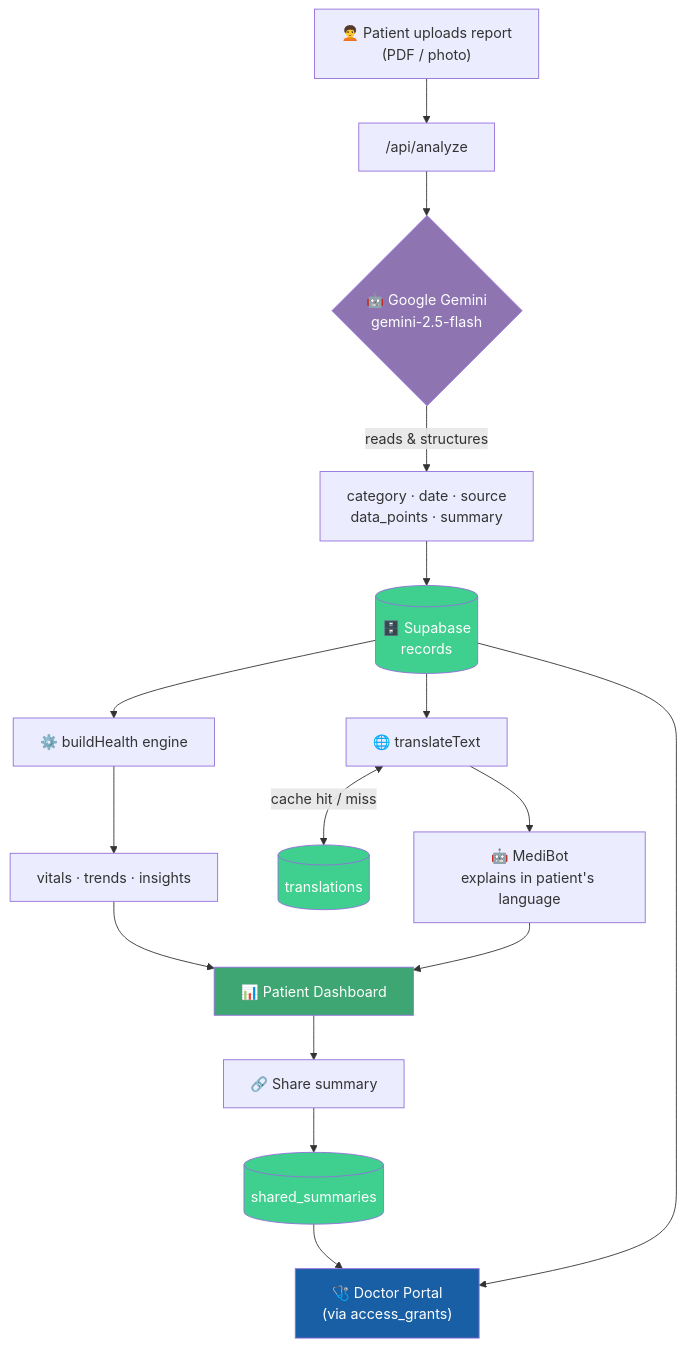
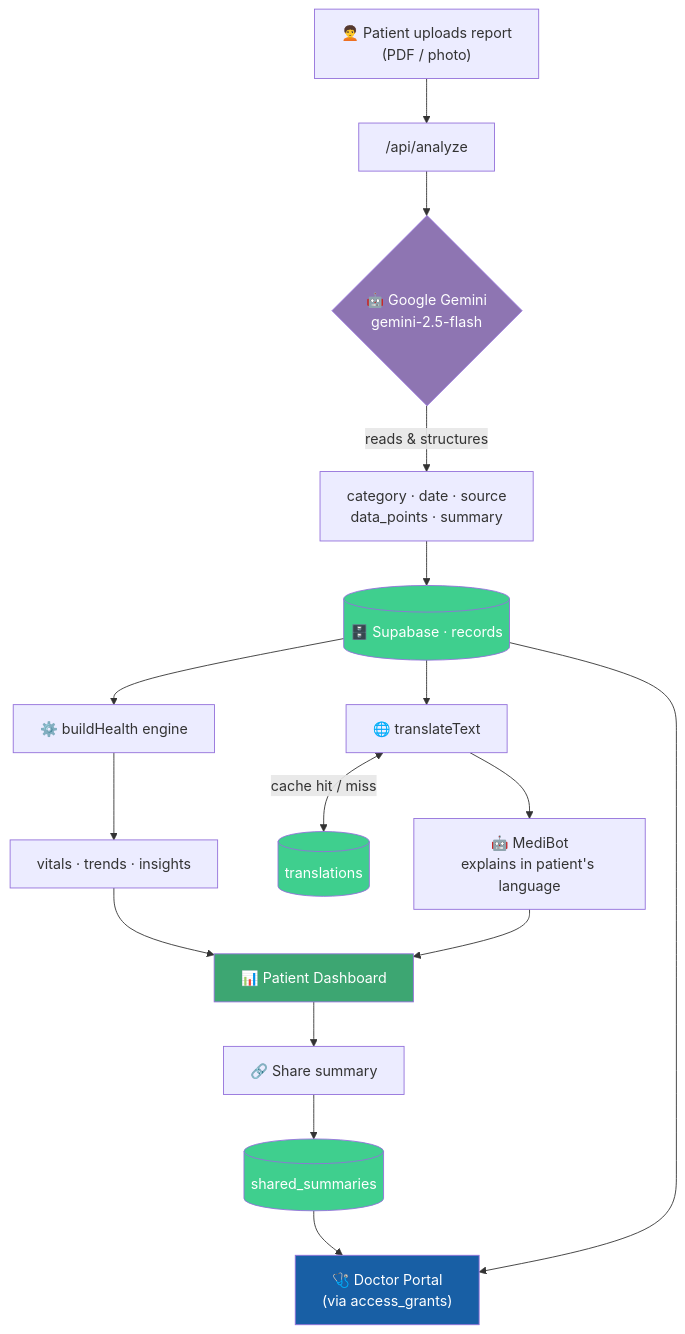
Before and after one commit to wasimat404/medirecord: the second of 3 diagrams in README.md, drawn with Mermaid. The commit also changed other lines of this file, not shown here.

````diff
--- a/README.md
+++ b/README.md
@@ -118,30 +165,30 @@
 ```mermaid
 flowchart TD
     A["🧑‍🦱 Patient uploads report<br/>(PDF / photo)"] --> B["/api/analyze"]
     B --> C{"🤖 Google Gemini<br/>gemini-2.5-flash"}
     C -->|"reads & structures"| D["category · date · source<br/>data_points · summary"]
-    D --> E[("🗄️ Supabase<br/>records")]
+    D --> E[("🗄️ Supabase · records")]
 
     E --> F["⚙️ buildHealth engine"]
     F --> G["vitals · trends · insights"]
 
     E --> H["🌐 translateText"]
     H <-->|"cache hit / miss"| I[("translations")]
     H --> J["🤖 MediBot<br/>explains in patient's language"]
 
     G --> K["📊 Patient Dashboard"]
     J --> K
 
     E --> L["🩺 Doctor Portal<br/>(via access_grants)"]
 
     K --> M["🔗 Share summary"]
     M --> N[("shared_summaries")]
     N --> L
 
     style C fill:#8E75B2,color:#fff
     style E fill:#3FCF8E,color:#fff
     style I fill:#3FCF8E,color:#fff
     style N fill:#3FCF8E,color:#fff
     style K fill:#3DA672,color:#fff
     style L fill:#185FA5,color:#fff
 ```
````
